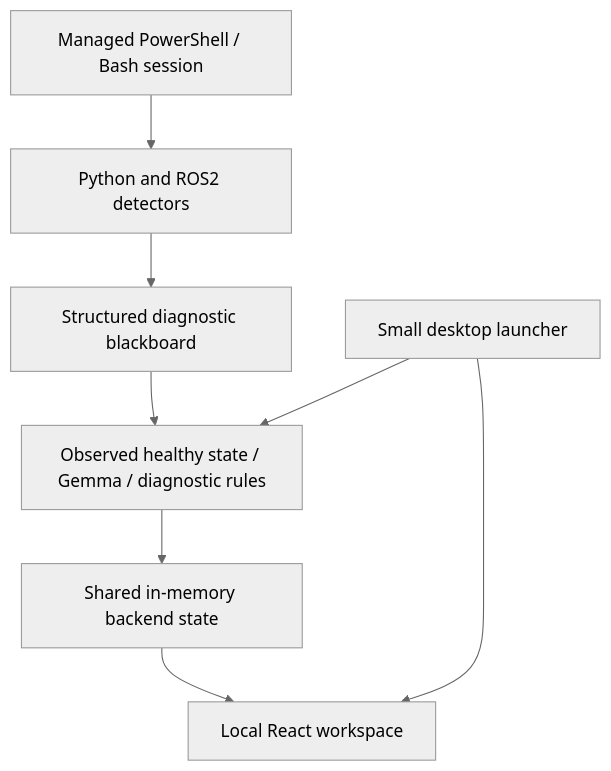
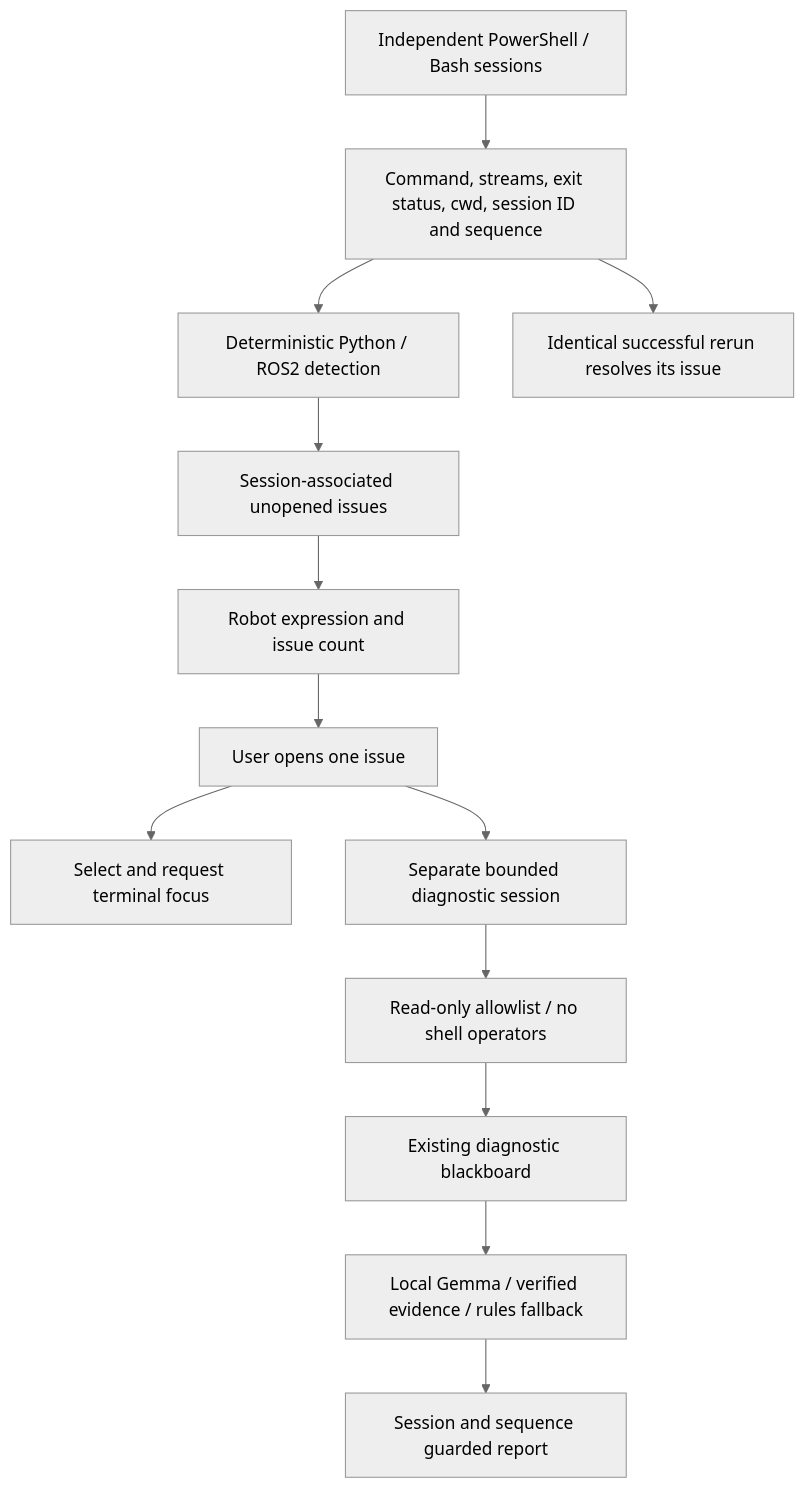
One commit to Shreyansh08-bit/RoboDoctor changed the diagram in README.md. Above: the diagram before and after it, drawn with Mermaid (neutral theme). The commit also changed other lines of this file and 25 other files, not shown here.

````diff
--- a/README.md
+++ b/README.md
@@ -9,10 +170,15 @@
 ```mermaid
 flowchart TD
-  Terminal[Managed PowerShell / Bash session] --> Detectors[Python and ROS2 detectors]
-  Detectors --> Blackboard[Structured diagnostic blackboard]
-  Blackboard --> Engine[Observed healthy state / Gemma / diagnostic rules]
-  Engine --> State[Shared in-memory backend state]
-  State --> Web[Local React workspace]
-  Launcher[Small desktop launcher] --> Web
-  Launcher --> Engine
+  Sessions[Independent PowerShell / Bash sessions] --> Capture[Command, streams, exit status, cwd, session ID and sequence]
+  Capture --> Detect[Deterministic Python / ROS2 detection]
+  Detect --> Issues[Session-associated unopened issues]
+  Issues --> Robot[Robot expression and issue count]
+  Robot --> Open[User opens one issue]
+  Open --> Focus[Select and request terminal focus]
+  Open --> Probes[Separate bounded diagnostic session]
+  Probes --> Allowlist[Read-only allowlist / no shell operators]
+  Allowlist --> Blackboard[Existing diagnostic blackboard]
+  Blackboard --> Gemma[Local Gemma / verified evidence / rules fallback]
+  Gemma --> Report[Session and sequence guarded report]
+  Capture --> Rerun[Identical successful rerun resolves its issue]
 ```
````
